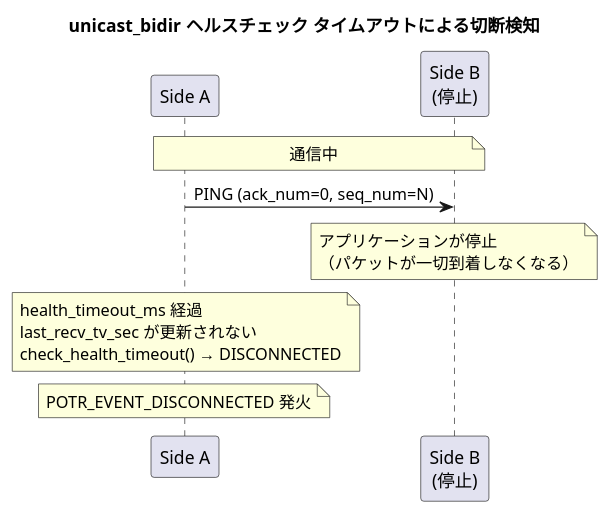
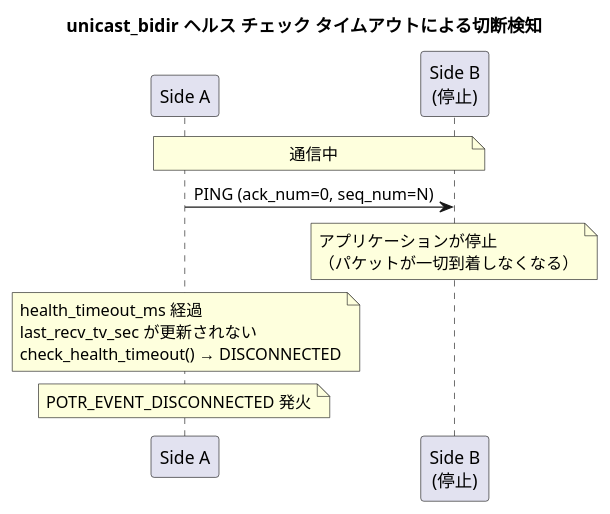
Before and after one commit to Hondarer/app_porter: the fourth of 4 diagrams in docs/sequence-bidir.md, drawn with PlantUML. The commit also changed other lines of this file and 73 other files, not shown here.

````diff
--- a/docs/sequence-bidir.md
+++ b/docs/sequence-bidir.md
@@ -120,16 +120,16 @@
 ```plantuml
 @startuml unicast_bidir タイムアウト
-title unicast_bidir ヘルスチェック タイムアウトによる切断検知
+title unicast_bidir ヘルス チェック タイムアウトによる切断検知
 
 participant "Side A" as A
 participant "Side B\n(停止)" as B
 
 note over A,B: 通信中
 
 A -> B: PING (ack_num=0, seq_num=N)
 note over B: アプリケーションが停止\n（パケットが一切到着しなくなる）
 note over A: health_timeout_ms 経過\nlast_recv_tv_sec が更新されない\ncheck_health_timeout() → DISCONNECTED
 note over A: POTR_EVENT_DISCONNECTED 発火
 
 @enduml
 ```
````
